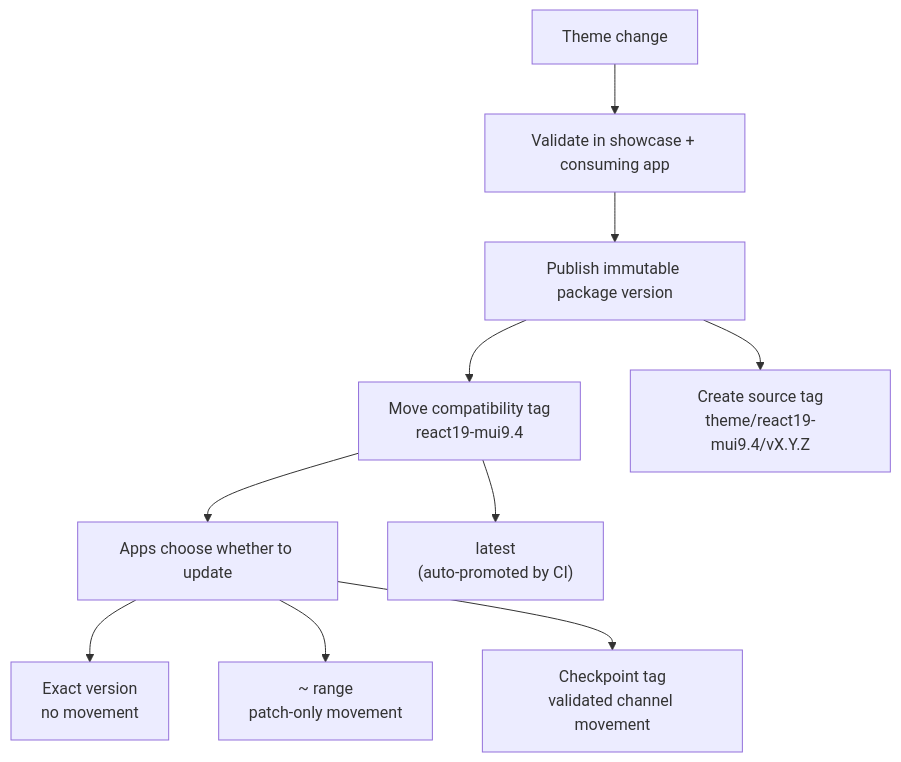
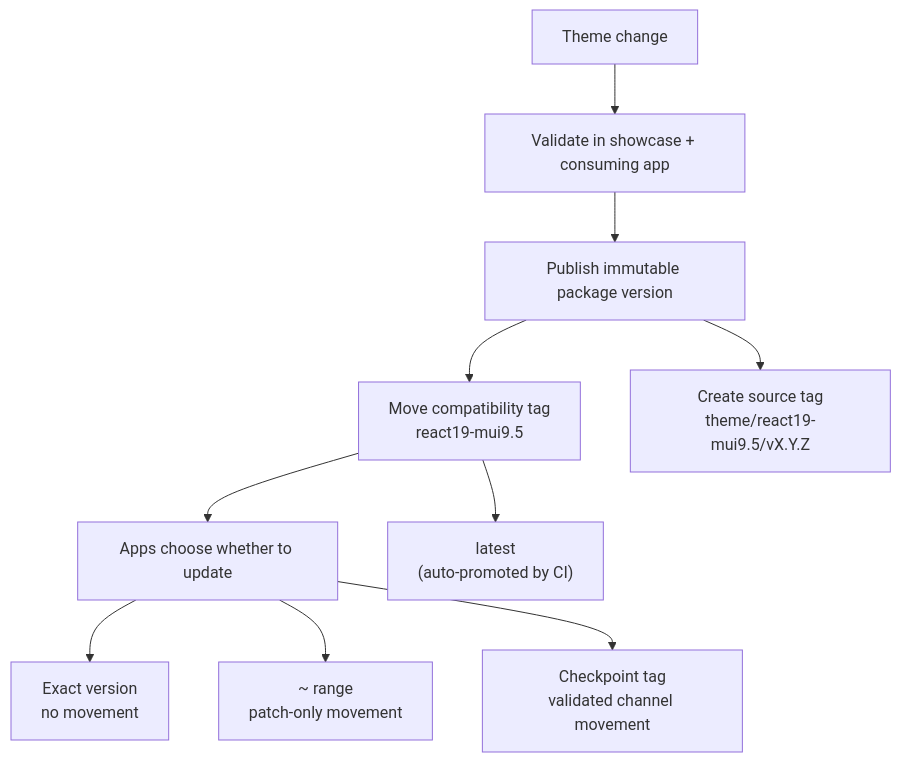
Before and after one commit to inRiver/inflow-react: the first of 2 diagrams in docs/VERSIONING.md, drawn with Mermaid. The commit also changed other lines of this file and 6 other files, not shown here.

````diff
--- a/docs/VERSIONING.md
+++ b/docs/VERSIONING.md
@@ -10,12 +10,12 @@
 ```mermaid
 flowchart TB
   Change["Theme change"] --> Validate["Validate in showcase + consuming app"]
   Validate --> Version["Publish immutable package version"]
-  Version --> Checkpoint["Move compatibility tag\nreact19-mui9.4"]
-  Version --> SourceTag["Create source tag\ntheme/react19-mui9.4/vX.Y.Z"]
+  Version --> Checkpoint["Move compatibility tag\nreact19-mui9.5"]
+  Version --> SourceTag["Create source tag\ntheme/react19-mui9.5/vX.Y.Z"]
   Checkpoint --> Apps["Apps choose whether to update"]
   Apps --> Freeze["Exact version\nno movement"]
   Apps --> Patch["~ range\npatch-only movement"]
   Apps --> Channel["Checkpoint tag\nvalidated channel movement"]
   Checkpoint --> Latest["latest\n(auto-promoted by CI)"]
 ```
````
